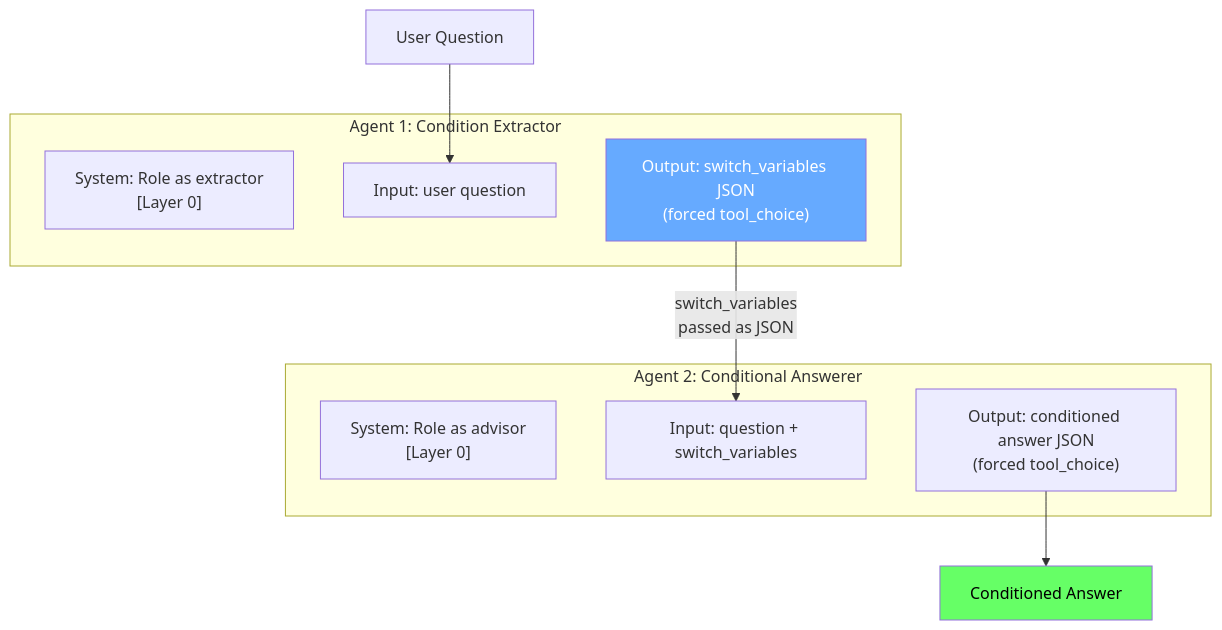
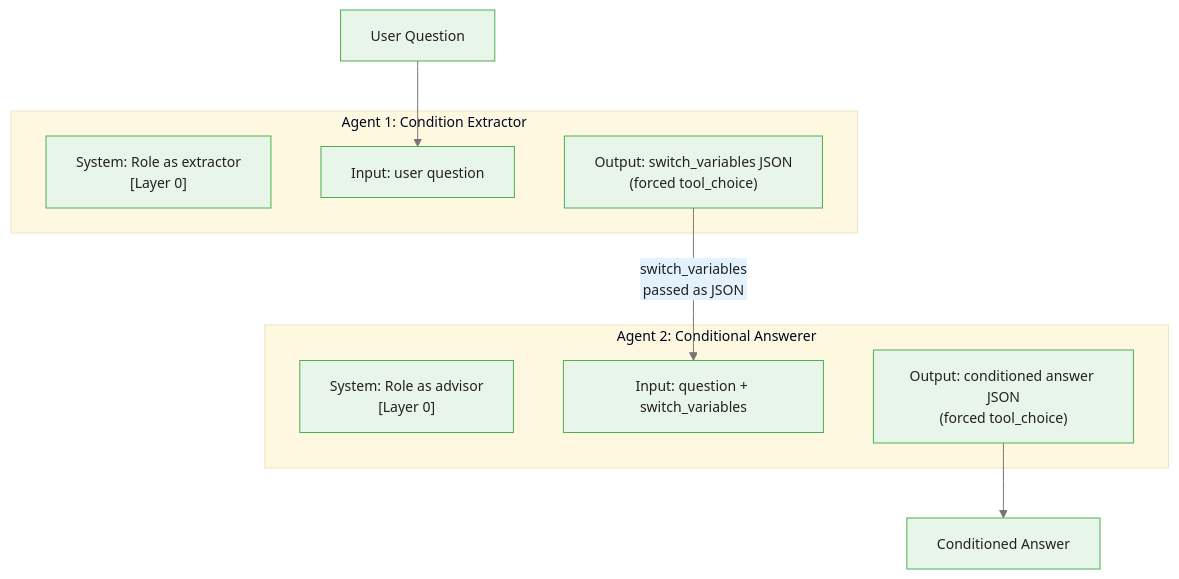
One commit to m-deane/course-creator changed the first of 2 diagrams in courses/bayesian-prompt-engineering/modules/module_05_agents_workflows/guides/02_claude_specific_patterns_slides.md. Above: the diagram before and after it, drawn with Mermaid. The commit also changed other lines of this file and 53 other files, not shown here.

````diff
--- a/courses/bayesian-prompt-engineering/modules/module_05_agents_workflows/guides/02_claude_specific_patterns_slides.md
+++ b/courses/bayesian-prompt-engineering/modules/module_05_agents_workflows/guides/02_claude_specific_patterns_slides.md
@@ -243,23 +255,21 @@
 ```mermaid
+%%{init: {"theme": "base", "themeVariables": {"primaryColor": "#e8f5e9", "primaryBorderColor": "#4caf50", "primaryTextColor": "#212121", "secondaryColor": "#e3f2fd", "tertiaryColor": "#fff8e1", "lineColor": "#757575", "fontFamily": "Inter, sans-serif", "fontSize": "14px"}}}%%
 flowchart TD
     Q["User Question"]
 
     subgraph Agent1["Agent 1: Condition Extractor"]
         A1S["System: Role as extractor\n[Layer 0]"]
         A1I["Input: user question"]
         A1O["Output: switch_variables JSON\n(forced tool_choice)"]
     end
 
     subgraph Agent2["Agent 2: Conditional Answerer"]
         A2S["System: Role as advisor\n[Layer 0]"]
         A2I["Input: question + switch_variables"]
         A2O["Output: conditioned answer JSON\n(forced tool_choice)"]
     end
 
     Q --> A1I
     A1O -->|"switch_variables\npassed as JSON"| A2I
     A2O --> R["Conditioned Answer"]
-
-    style A1O fill:#6af,color:#fff
-    style R fill:#6f6,color:#000
 ```
````
